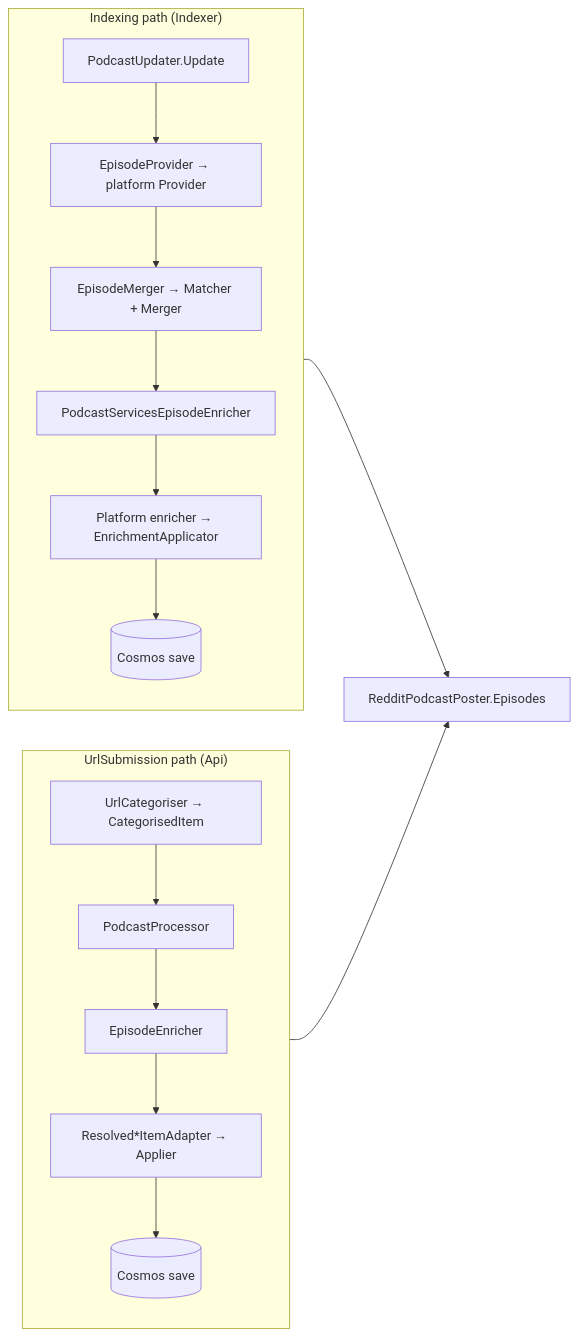
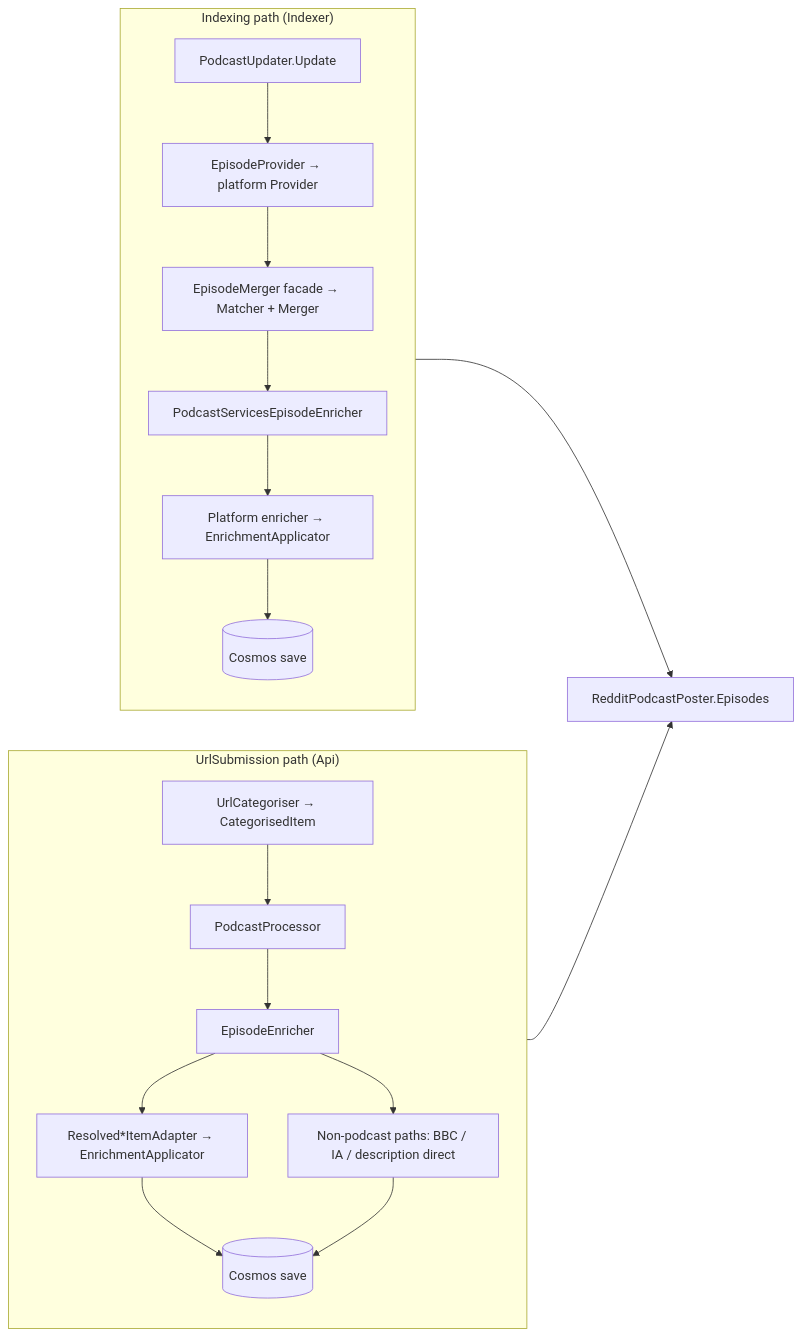
One commit to cultpodcasts/RedditPodcastPoster changed the third of 4 diagrams in Class-Libraries/RedditPodcastPoster.Episodes/architecture.md. Above: the diagram before and after it, drawn with Mermaid. The commit also changed other lines of this file and 14 other files, not shown here.

First line of the commit message:
Episode domain Phase F: expand matcher and PlaylistItemFinder coverage.

````diff
--- a/Class-Libraries/RedditPodcastPoster.Episodes/architecture.md
+++ b/Class-Libraries/RedditPodcastPoster.Episodes/architecture.md
@@ -239,27 +280,29 @@
 ```mermaid
 flowchart LR
     subgraph Indexing["Indexing path (Indexer)"]
         direction TB
         I1[PodcastUpdater.Update]
         I2[EpisodeProvider → platform Provider]
-        I3[EpisodeMerger → Matcher + Merger]
+        I3[EpisodeMerger facade → Matcher + Merger]
         I4[PodcastServicesEpisodeEnricher]
         I5[Platform enricher → EnrichmentApplicator]
         I6[(Cosmos save)]
         I1 --> I2 --> I3 --> I4 --> I5 --> I6
     end
 
     subgraph Submit["UrlSubmission path (Api)"]
         direction TB
         S1[UrlCategoriser → CategorisedItem]
         S2[PodcastProcessor]
         S3[EpisodeEnricher]
-        S4[Resolved*ItemAdapter → Applier]
-        S5[(Cosmos save)]
-        S1 --> S2 --> S3 --> S4 --> S5
+        S4[Resolved*ItemAdapter → EnrichmentApplicator]
+        S5[Non-podcast paths: BBC / IA / description direct]
+        S6[(Cosmos save)]
+        S1 --> S2 --> S3 --> S4 --> S6
+        S3 --> S5 --> S6
     end
 
     Domain2[RedditPodcastPoster.Episodes]
     Indexing --> Domain2
     Submit --> Domain2
 ```
````
